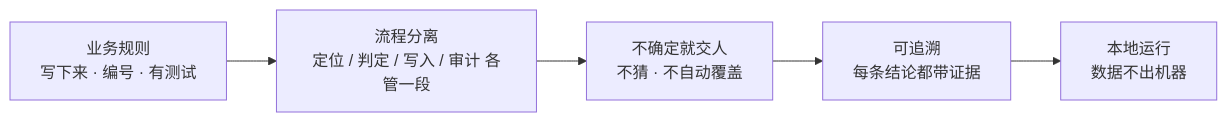
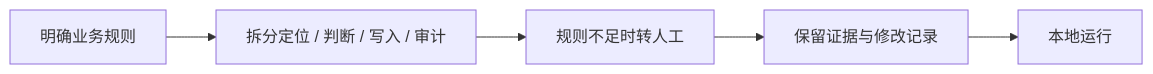
The diagram in README.md (Simple-StayHungry/Simple-StayHungry), drawn with Mermaid before and after one commit. The commit also changed other lines of this file, not shown here.

````diff
--- a/README.md
+++ b/README.md
@@ -44,7 +40,7 @@
 ```mermaid
 flowchart LR
-    A["业务规则<br/>写下来 · 编号 · 有测试"] --> B["流程分离<br/>定位 / 判定 / 写入 / 审计 各管一段"]
-    B --> C["不确定就交人<br/>不猜 · 不自动覆盖"]
-    C --> D["可追溯<br/>每条结论都带证据"]
-    D --> E["本地运行<br/>数据不出机器"]
+    A["明确业务规则"] --> B["拆分定位 / 判断 / 写入 / 审计"]
+    B --> C["规则不足时转人工"]
+    C --> D["保留证据与修改记录"]
+    D --> E["本地运行"]
 ```
````
